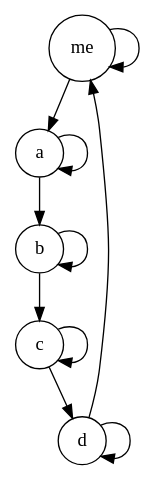
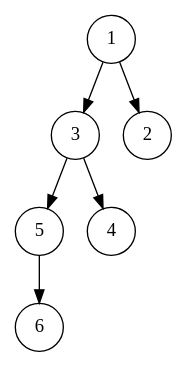
The diagram in zibi.dot (AndrewWayne/OI_Learning), drawn with Graphviz before and after one commit. The commit also changed 142 other files, not shown here.

```diff
--- a/zibi.dot
+++ b/zibi.dot
@@ -1,13 +1,8 @@
 digraph first{
     node[shape = circle]
-    me -> me;
-    me -> a;
-    a -> a;
-    a -> b;
-    b -> b;
-    b -> c;
-    c -> c;
-    c -> d;
-    d -> d;
-    d -> me;
+    1 -> 3
+    3 -> 5
+    5 -> 6
+    3 -> 4
+    1 -> 2
 }
```
